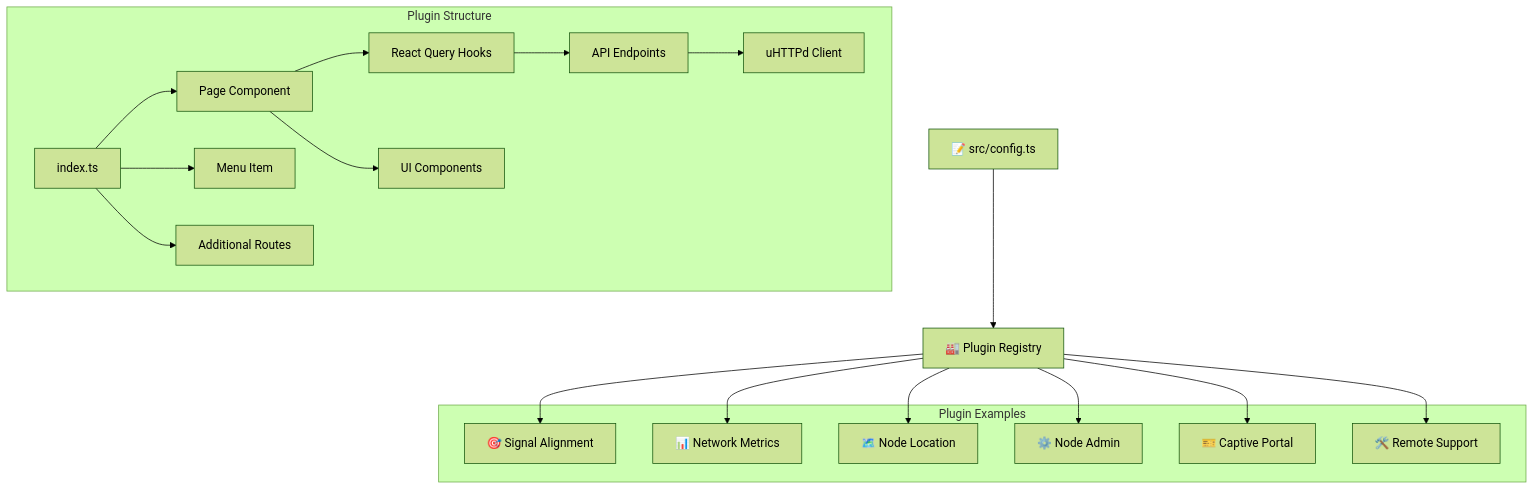
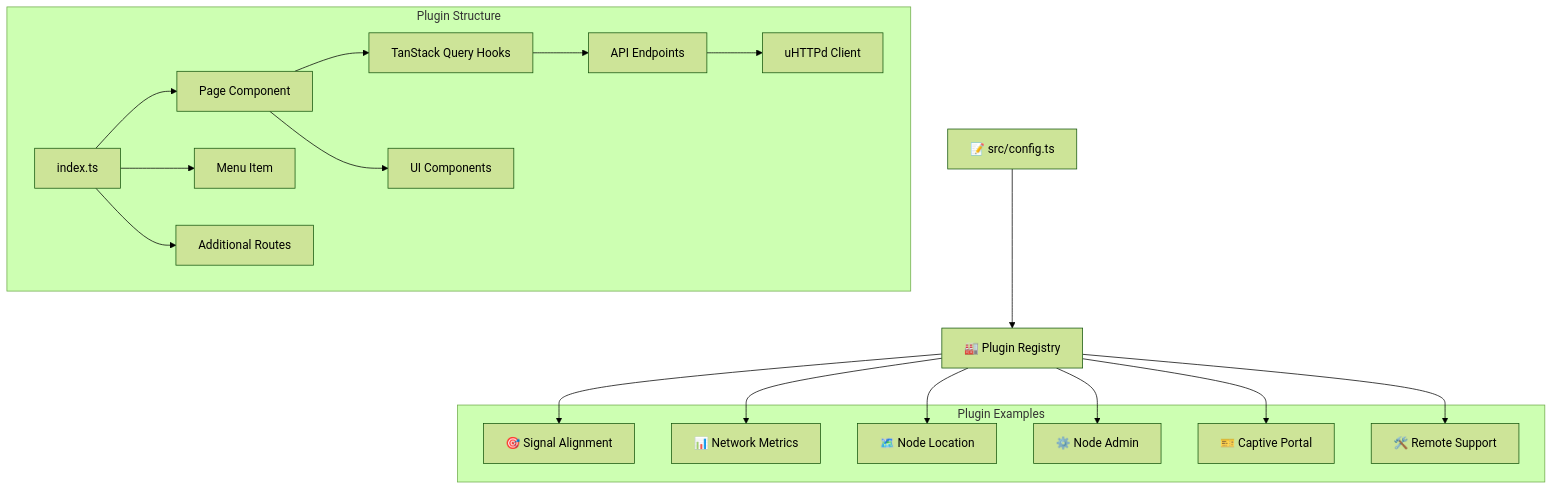
Before and after one commit to Fede654/lime-app: the second of 9 diagrams in docs/PROJECT_FLOW_DIAGRAM.md, drawn with Mermaid (forest theme). The commit also changed other lines of this file and 10 other files, not shown here.

````diff
--- a/docs/PROJECT_FLOW_DIAGRAM.md
+++ b/docs/PROJECT_FLOW_DIAGRAM.md
@@ -38,32 +38,32 @@
 ```mermaid
 graph TD
     Config[📝 src/config.ts] --> PluginRegistry[🏭 Plugin Registry]
     
     subgraph "Plugin Structure"
         PluginIndex[index.ts] --> PluginPage[Page Component]
         PluginIndex --> PluginMenu[Menu Item]
         PluginIndex --> Routes[Additional Routes]
         
-        PluginPage --> Queries[React Query Hooks]
+        PluginPage --> Queries[TanStack Query Hooks]
         PluginPage --> Components[UI Components]
         
         Queries --> API[API Endpoints]
         API --> uHTTPd2[uHTTPd Client]
     end
     
     subgraph "Plugin Examples"
         Align[🎯 Signal Alignment]
         Metrics2[📊 Network Metrics]
         Location2[🗺️ Node Location]
         Admin[⚙️ Node Admin]
         Portal[🎫 Captive Portal]
         Support2[🛠️ Remote Support]
     end
     
     PluginRegistry --> Align
     PluginRegistry --> Metrics2
     PluginRegistry --> Location2
     PluginRegistry --> Admin
     PluginRegistry --> Portal
     PluginRegistry --> Support2
 ```
````
